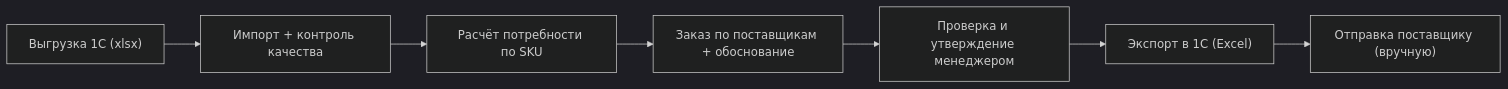
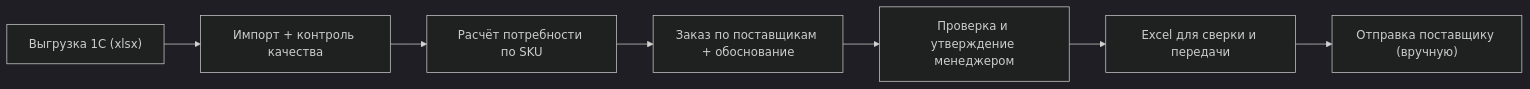
One commit to BAITC-Hacks/hack-a84ff6d0-hubtech changed the third of 3 diagrams in docs/КОНЦЕПЦИЯ_СИСТЕМЫ_РК.md. Above: the diagram before and after it, drawn with Mermaid (dark theme). The commit also changed other lines of this file and 32 other files, not shown here.

````diff
--- a/docs/КОНЦЕПЦИЯ_СИСТЕМЫ_РК.md
+++ b/docs/КОНЦЕПЦИЯ_СИСТЕМЫ_РК.md
@@ -62,9 +62,9 @@
 ```mermaid
 flowchart LR
     A["Выгрузка 1С (xlsx)"] --> B["Импорт + контроль качества"]
     B --> C["Расчёт потребности по SKU"]
     C --> D["Заказ по поставщикам + обоснование"]
     D --> E["Проверка и утверждение менеджером"]
-    E --> F["Экспорт в 1С (Excel)"]
+    E --> F["Excel для сверки и передачи"]
     F --> G["Отправка поставщику (вручную)"]
 ```
````
